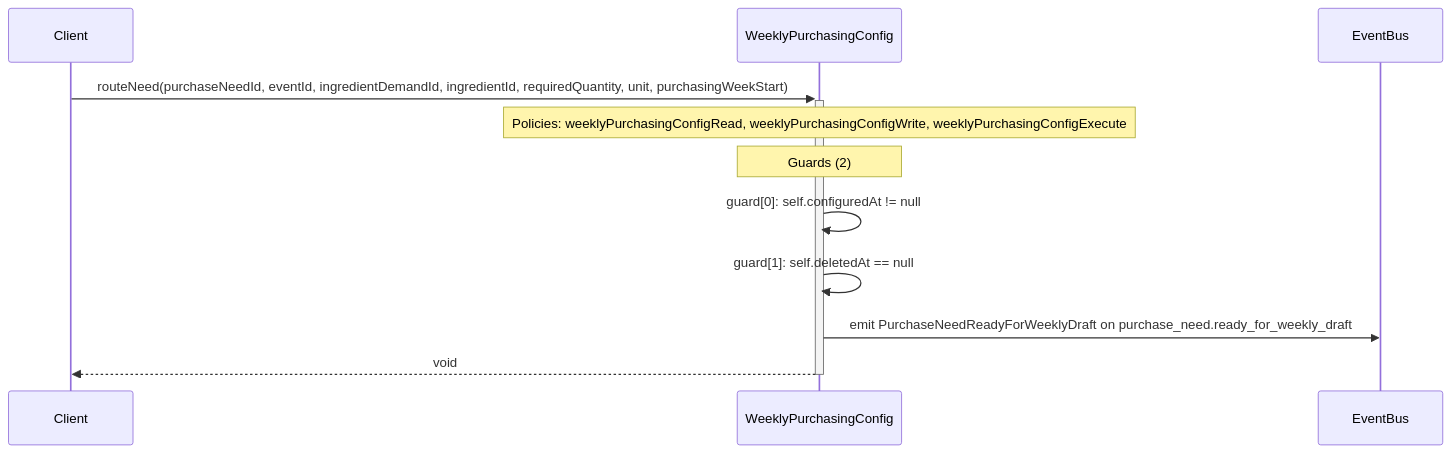
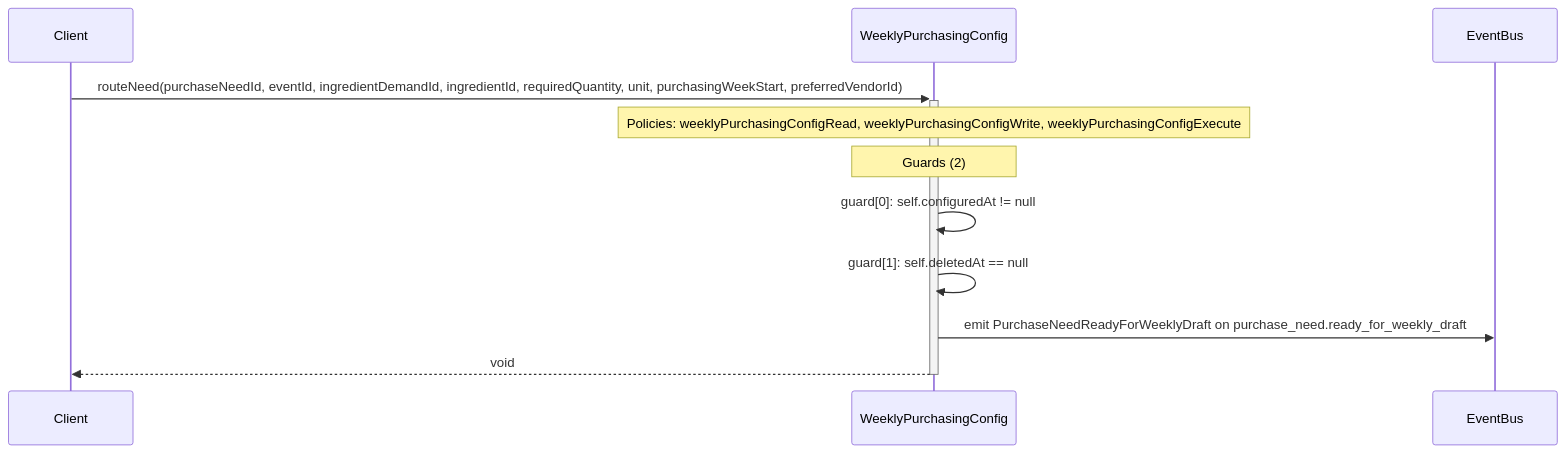
One commit to Angriff36/capsule changed the diagram in diagrams/sequence-WeeklyPurchasingConfig-routeNeed.mmd. Above: the diagram before and after it, drawn with Mermaid. The commit also changed 690 other files, not shown here.

```diff
--- a/diagrams/sequence-WeeklyPurchasingConfig-routeNeed.mmd
+++ b/diagrams/sequence-WeeklyPurchasingConfig-routeNeed.mmd
@@ -1,11 +1,11 @@
 sequenceDiagram
     participant Client
     participant WeeklyPurchasingConfig as WeeklyPurchasingConfig
     participant EventBus
-    Client->>+WeeklyPurchasingConfig: routeNeed(purchaseNeedId, eventId, ingredientDemandId, ingredientId, requiredQuantity, unit, purchasingWeekStart)
+    Client->>+WeeklyPurchasingConfig: routeNeed(purchaseNeedId, eventId, ingredientDemandId, ingredientId, requiredQuantity, unit, purchasingWeekStart, preferredVendorId)
     Note over WeeklyPurchasingConfig: Policies: weeklyPurchasingConfigRead, weeklyPurchasingConfigWrite, weeklyPurchasingConfigExecute
     Note over WeeklyPurchasingConfig: Guards (2)
     WeeklyPurchasingConfig->>WeeklyPurchasingConfig: guard[0]: self.configuredAt != null
     WeeklyPurchasingConfig->>WeeklyPurchasingConfig: guard[1]: self.deletedAt == null
     WeeklyPurchasingConfig->>EventBus: emit PurchaseNeedReadyForWeeklyDraft on purchase_need.ready_for_weekly_draft
     WeeklyPurchasingConfig-->>-Client: void
```
